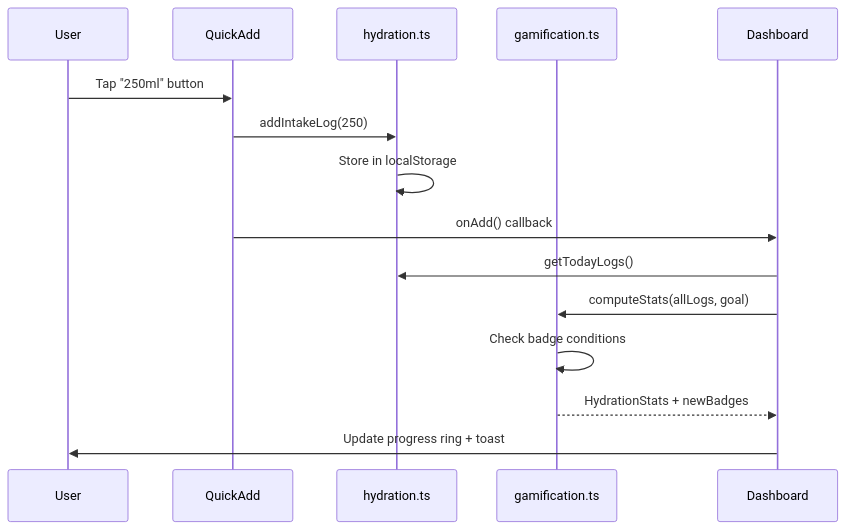
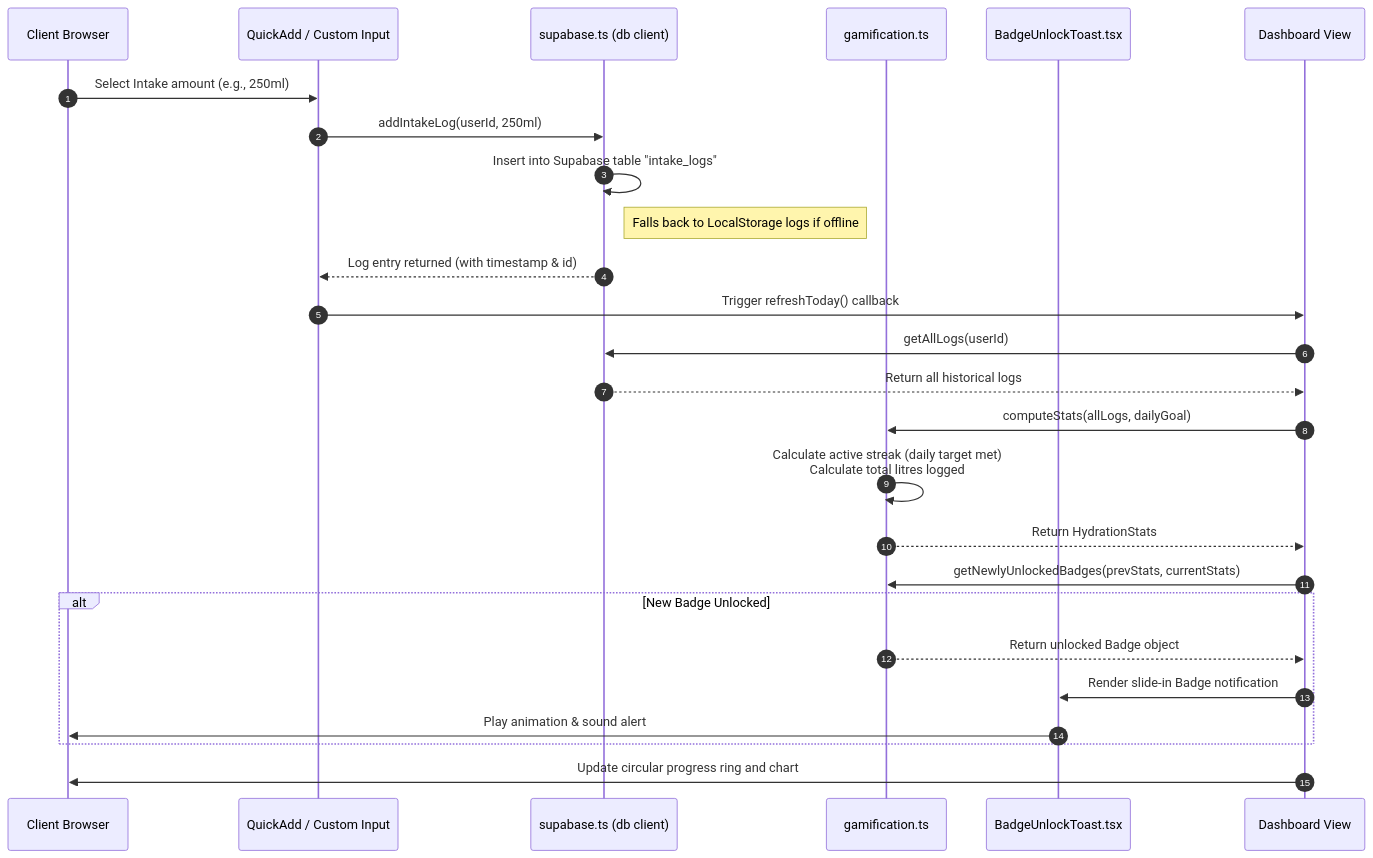
The third of 3 diagrams in README.md (ramalokeshreddyp/hydrosmart-ai), drawn with Mermaid before and after one commit. The commit also changed other lines of this file and 4 other files, not shown here.

````diff
--- a/README.md
+++ b/README.md
@@ -175,18 +217,29 @@
 ```mermaid
 sequenceDiagram
-    participant U as User
-    participant QA as QuickAdd
-    participant H as hydration.ts
-    participant G as gamification.ts
-    participant D as Dashboard
+    autonumber
+    participant User as Client Browser
+    participant QA as QuickAdd / Custom Input
+    participant DB as supabase.ts (db client)
+    participant Game as gamification.ts
+    participant Toast as BadgeUnlockToast.tsx
+    participant UI as Dashboard View
 
-    U->>QA: Tap "250ml" button
-    QA->>H: addIntakeLog(250)
-    H->>H: Store in localStorage
-    QA->>D: onAdd() callback
-    D->>H: getTodayLogs()
-    D->>G: computeStats(allLogs, goal)
-    G->>G: Check badge conditions
-    G-->>D: HydrationStats + newBadges
-    D->>U: Update progress ring + toast
+    User->>QA: Select Intake amount (e.g., 250ml)
+    QA->>DB: addIntakeLog(userId, 250ml)
+    DB->>DB: Insert into Supabase table "intake_logs"
+    Note right of DB: Falls back to LocalStorage logs if offline
+    DB-->>QA: Log entry returned (with timestamp & id)
+    QA->>UI: Trigger refreshToday() callback
+    UI->>DB: getAllLogs(userId)
+    DB-->>UI: Return all historical logs
+    UI->>Game: computeStats(allLogs, dailyGoal)
+    Game->>Game: Calculate active streak (daily target met)<br/>Calculate total litres logged
+    Game-->>UI: Return HydrationStats
+    UI->>Game: getNewlyUnlockedBadges(prevStats, currentStats)
+    alt New Badge Unlocked
+        Game-->>UI: Return unlocked Badge object
+        UI->>Toast: Render slide-in Badge notification
+        Toast->>User: Play animation & sound alert
+    end
+    UI->>User: Update circular progress ring and chart
 ```
````
